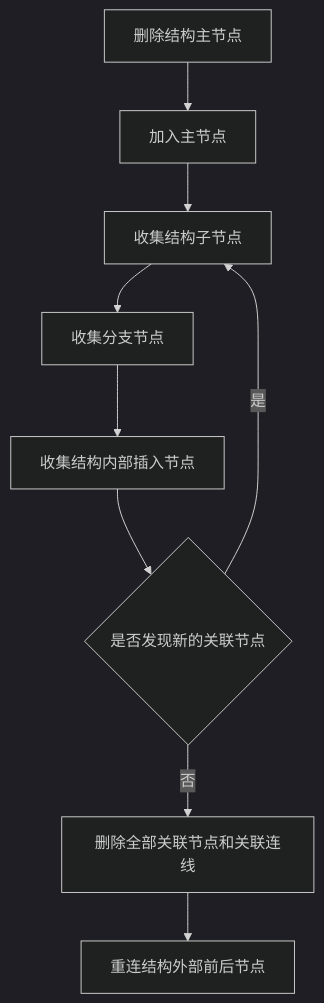
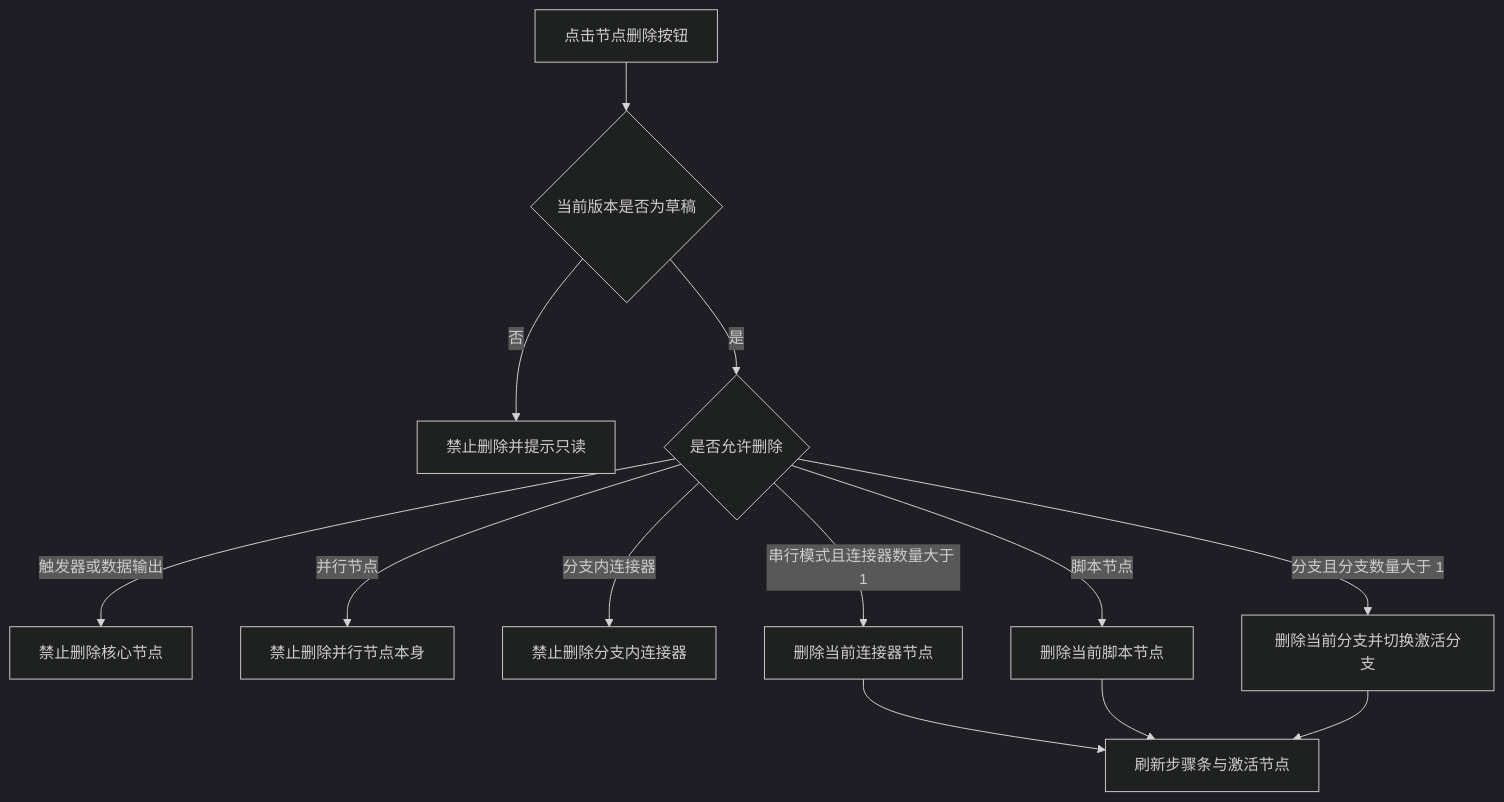
Diagram 12 of 17 in front/doc/2026年6月文档/连接流配置需求设计说明书.md (THZSummer/open-app), drawn with Mermaid (dark theme) before and after one commit. The commit also changed other lines of this file and 2 other files, not shown here.

````diff
--- a/front/doc/2026年6月文档/连接流配置需求设计说明书.md
+++ b/front/doc/2026年6月文档/连接流配置需求设计说明书.md
@@ -1066,11 +475,15 @@
 ```mermaid
 flowchart TD
-  DeleteStructure[删除结构主节点] --> CollectMain[加入主节点]
-  CollectMain --> CollectChildren[收集结构子节点]
-  CollectChildren --> CollectBranch[收集分支节点]
-  CollectBranch --> CollectInner[收集结构内部插入节点]
-  CollectInner --> HasMore{是否发现新的关联节点}
-  HasMore -->|是| CollectChildren
-  HasMore -->|否| RemoveAll[删除全部关联节点和关联连线]
-  RemoveAll --> ReconnectOuter[重连结构外部前后节点]
+  ClickRemove[点击节点删除按钮] --> CheckVersionForRemove{当前版本是否为草稿}
+  CheckVersionForRemove -->|否| BlockRemove[禁止删除并提示只读]
+  CheckVersionForRemove -->|是| CheckNodeType{是否允许删除}
+  CheckNodeType -->|触发器或数据输出| ForbidCore[禁止删除核心节点]
+  CheckNodeType -->|并行节点| ForbidParallel[禁止删除并行节点本身]
+  CheckNodeType -->|分支内连接器| ForbidBranchConnector[禁止删除分支内连接器]
+  CheckNodeType -->|串行模式且连接器数量大于 1| RemoveConnector[删除当前连接器节点]
+  CheckNodeType -->|脚本节点| RemoveScript[删除当前脚本节点]
+  CheckNodeType -->|分支且分支数量大于 1| RemoveBranch[删除当前分支并切换激活分支]
+  RemoveConnector --> RefreshStepper[刷新步骤条与激活节点]
+  RemoveScript --> RefreshStepper
+  RemoveBranch --> RefreshStepper
 ```
````
